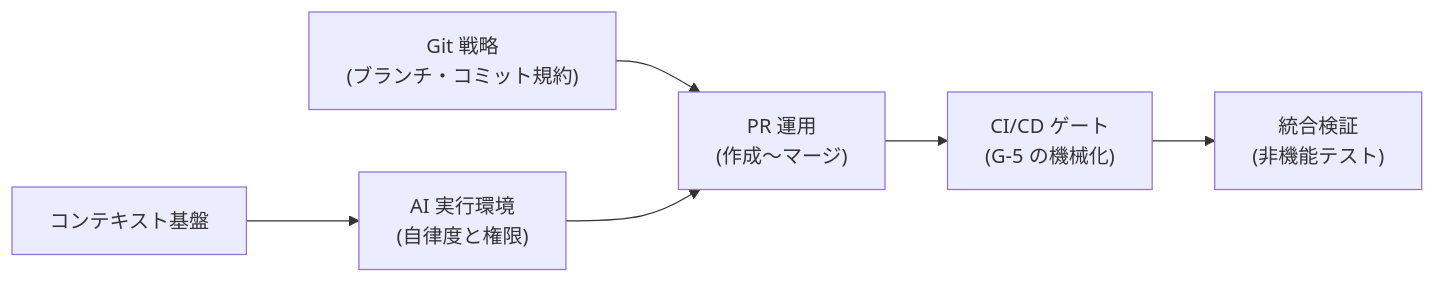
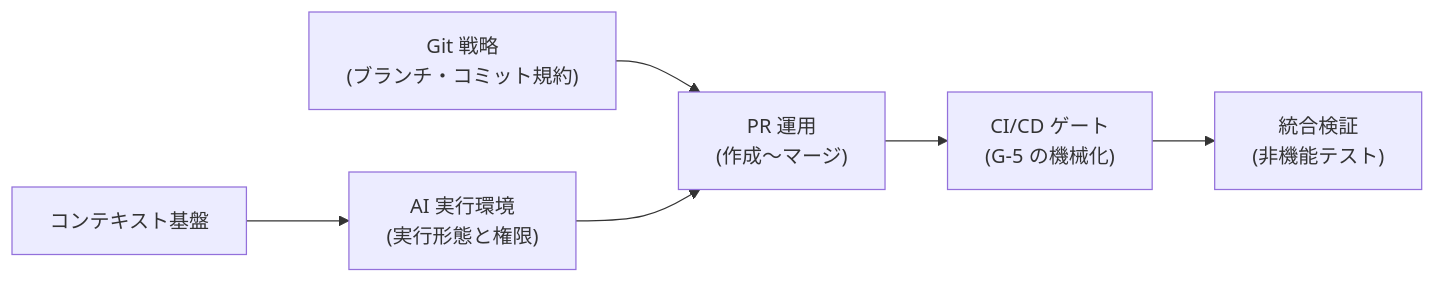
The diagram in src/content/docs/phase5-implementation/overview.md (Takenori-Kusaka/process-compass), drawn with Mermaid before and after one commit. The commit also changed other lines of this file and 2 other files, not shown here.

````diff
--- a/src/content/docs/phase5-implementation/overview.md
+++ b/src/content/docs/phase5-implementation/overview.md
@@ -12,8 +12,8 @@
 ```mermaid
 graph LR
   GS["Git 戦略<br>(ブランチ・コミット規約)"] --> PR["PR 運用<br>(作成〜マージ)"]
   PR --> CI["CI/CD ゲート<br>(G-5 の機械化)"]
   CI --> NF["統合検証<br>(非機能テスト)"]
-  AI["AI 実行環境<br>(自律度と権限)"] --> PR
+  AI["AI 実行環境<br>(実行形態と権限)"] --> PR
   CB["コンテキスト基盤"] --> AI
 ```
````
